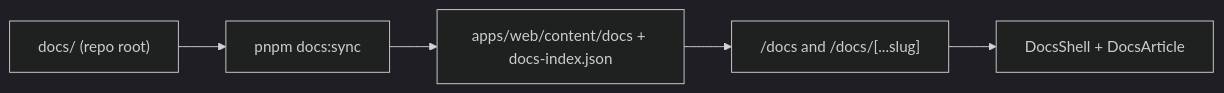
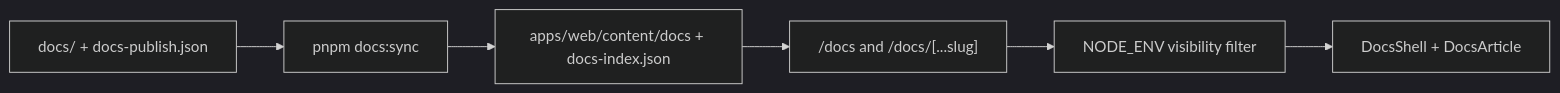
Before and after one commit to lizardkingLK/alice: the diagram in docs/features/docs/README.md, drawn with Mermaid (dark theme). The commit also changed other lines of this file and 64 other files, not shown here.

````diff
--- a/docs/features/docs/README.md
+++ b/docs/features/docs/README.md
@@ -38,13 +41,15 @@
 ```mermaid
 flowchart LR
-  RepoDocs["docs/ (repo root)"]
+  RepoDocs["docs/ + docs-publish.json"]
   Sync["pnpm docs:sync"]
   Content["apps/web/content/docs + docs-index.json"]
   Routes["/docs and /docs/[...slug]"]
+  Filter["NODE_ENV visibility filter"]
   UI["DocsShell + DocsArticle"]
 
   RepoDocs --> Sync
   Sync --> Content
   Content --> Routes
-  Routes --> UI
+  Routes --> Filter
+  Filter --> UI
 ```
````
